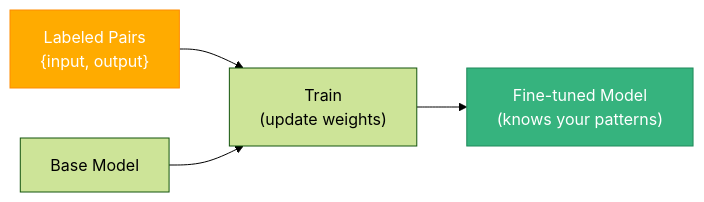
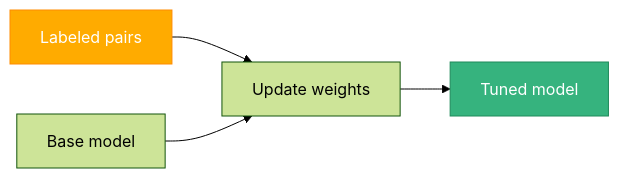
Before and after one commit to basidiocarp/.github: the fifth of 7 diagrams in docs/AI-CONCEPTS.md, drawn with Mermaid (forest theme). The commit also changed other lines of this file, not shown here.

````diff
--- a/docs/AI-CONCEPTS.md
+++ b/docs/AI-CONCEPTS.md
@@ -212,9 +265,9 @@
 ```mermaid
 flowchart LR
-    Data["Labeled Pairs<br/>{input, output}"] --> Train["Train<br/>(update weights)"]
-    Base["Base Model"] --> Train
-    Train --> Tuned["Fine-tuned Model<br/>(knows your patterns)"]
+    Data["Labeled pairs"] --> Train["Update weights"]
+    Base["Base model"] --> Train
+    Train --> Tuned["Tuned model"]
 
     style Data fill:#ffab00,stroke:#ff8b00,color:#fff
     style Tuned fill:#36b37e,stroke:#1f8a5a,color:#fff
 ```
````
